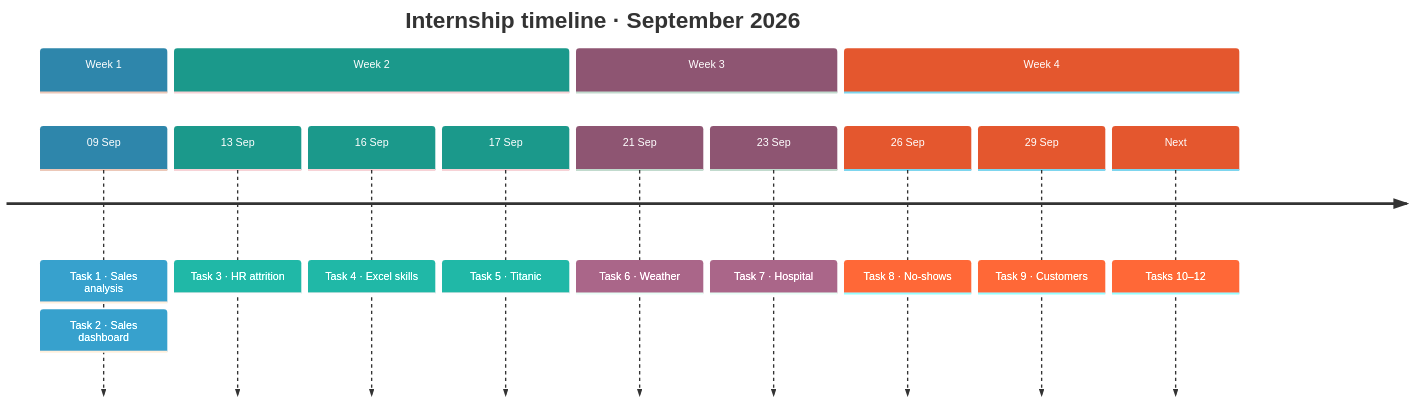
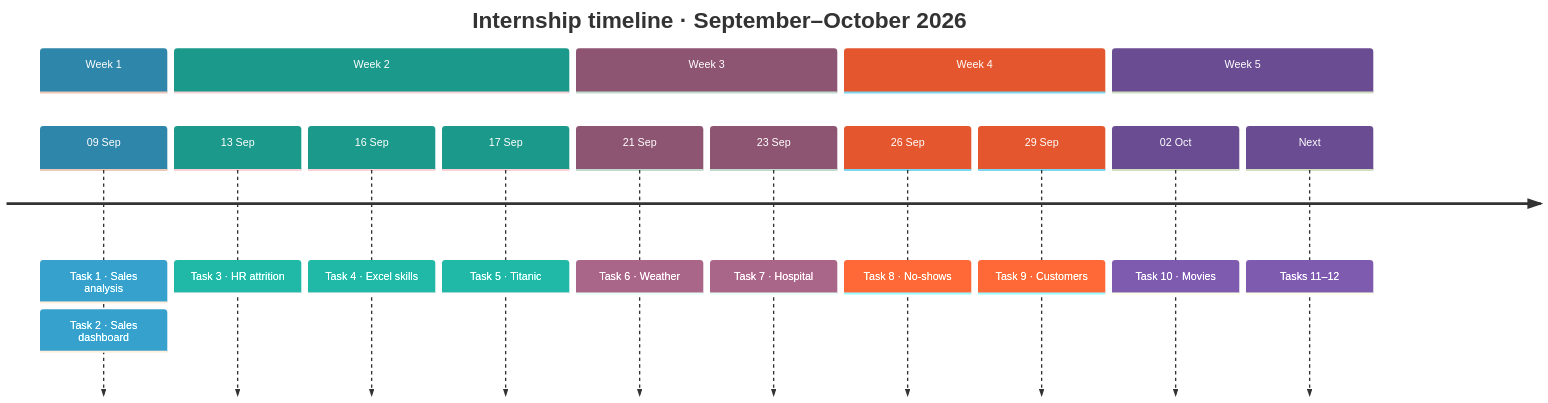
The first of 2 diagrams in README.md (Nahla-Nabil/data-analyst-tasks), drawn with Mermaid before and after one commit. The commit also changed other lines of this file and 24 other files, not shown here.

````diff
--- a/README.md
+++ b/README.md
@@ -60,18 +60,20 @@
 ```mermaid
-%%{init: {'theme':'base','themeVariables':{'cScale0':'#2E86AB','cScale1':'#1B998B','cScale2':'#8E5572','cScale3':'#E4572E','cScaleLabel0':'#ffffff','cScaleLabel1':'#ffffff','cScaleLabel2':'#ffffff','cScaleLabel3':'#ffffff'}}}%%
+%%{init: {'theme':'base','themeVariables':{'cScale0':'#2E86AB','cScale1':'#1B998B','cScale2':'#8E5572','cScale3':'#E4572E','cScale4':'#6A4C93','cScaleLabel0':'#ffffff','cScaleLabel1':'#ffffff','cScaleLabel2':'#ffffff','cScaleLabel3':'#ffffff','cScaleLabel4':'#ffffff'}}}%%
 timeline
-    title Internship timeline · September 2026
+    title Internship timeline · September–October 2026
     section Week 1
         09 Sep : Task 1 · Sales analysis : Task 2 · Sales dashboard
     section Week 2
         13 Sep : Task 3 · HR attrition
         16 Sep : Task 4 · Excel skills
         17 Sep : Task 5 · Titanic
     section Week 3
         21 Sep : Task 6 · Weather
         23 Sep : Task 7 · Hospital
     section Week 4
         26 Sep : Task 8 · No-shows
         29 Sep : Task 9 · Customers
-        Next : Tasks 10–12
+    section Week 5
+        02 Oct : Task 10 · Movies
+        Next : Tasks 11–12
 ```
````
